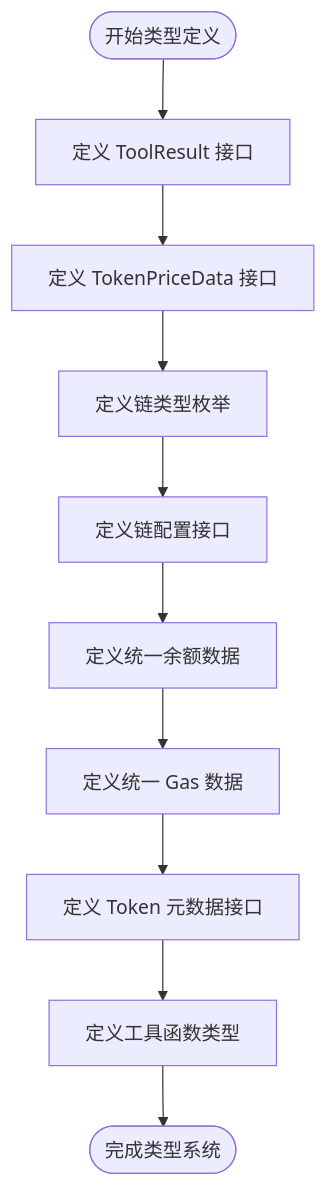
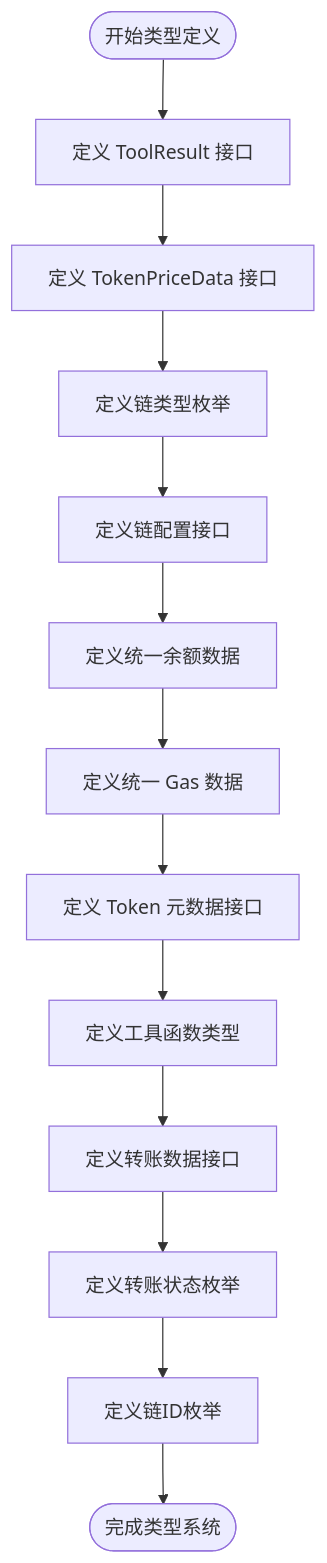
Before and after one commit to CryptoLinxu/Web3-AI-Agent: the third of 16 diagrams in .qoder/repowiki/zh/content/Web3工具集成/核心Web3工具实现/核心Web3工具实现.md, drawn with Mermaid. The commit also changed other lines of this file and 7 other files, not shown here.

Commit message:
eat(transfer-card): 实现 ERC20 approve 完整流程" -m "扩展 ERC20_ABI 增加 allowance 和 approve 新增 useReadContract 检查授权额度 allowance 不足时自动显示授权步骤 approve 成功后自动发起 transfer 新增 approving 状态和授权 UI 按钮 类型 TransferStatus 新增 approving

````diff
--- a/.qoder/repowiki/zh/content/Web3工具集成/核心Web3工具实现/核心Web3工具实现.md
+++ b/.qoder/repowiki/zh/content/Web3工具集成/核心Web3工具实现/核心Web3工具实现.md
@@ -253,12 +307,15 @@
 ```mermaid
 flowchart TD
 Start([开始类型定义]) --> DefineToolResult["定义 ToolResult 接口"]
 DefineToolResult --> DefineTokenPrice["定义 TokenPriceData 接口"]
 DefineTokenPrice --> DefineChainTypes["定义链类型枚举"]
 DefineChainTypes --> DefineChainConfig["定义链配置接口"]
 DefineChainConfig --> DefineBalanceData["定义统一余额数据"]
 DefineBalanceData --> DefineGasData["定义统一 Gas 数据"]
 DefineGasData --> DefineTokenMetadata["定义 Token 元数据接口"]
 DefineTokenMetadata --> DefineToolFunction["定义工具函数类型"]
-DefineToolFunction --> End([完成类型系统])
+DefineToolFunction --> DefineTransferData["定义转账数据接口"]
+DefineTransferData --> DefineTransferStatus["定义转账状态枚举"]
+DefineTransferStatus --> DefineChainId["定义链ID枚举"]
+DefineChainId --> End([完成类型系统])
 ```
````
